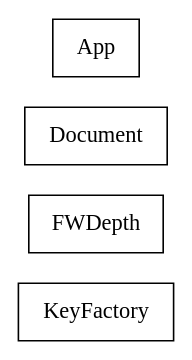
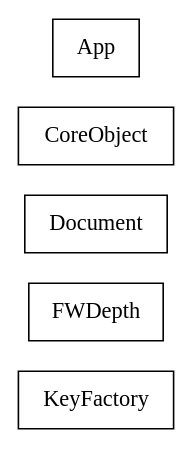
Before and after one commit to sekati/sasapi: the diagram in docs/com/sekati/core/classes.dot, drawn with Graphviz. The commit also changed 95 other files, not shown here.

```diff
--- a/docs/com/sekati/core/classes.dot
+++ b/docs/com/sekati/core/classes.dot
@@ -1,27 +1,33 @@
 strict digraph class_diagram {
   rankdir=LR;
   TypeKeyFactory[
     label="KeyFactory",
     URL="KeyFactory.html",
     tooltip="com.sekati.core.KeyFactory",
     shape="record"
   ];
   TypeFWDepth[
     label="FWDepth",
     URL="FWDepth.html",
     tooltip="com.sekati.core.FWDepth",
     shape="record"
   ];
   TypeDocument[
     label="Document",
     URL="Document.html",
     tooltip="com.sekati.core.Document",
     shape="record"
   ];
+  TypeCoreObject[
+    label="CoreObject",
+    URL="CoreObject.html",
+    tooltip="com.sekati.core.CoreObject",
+    shape="record"
+  ];
   TypeApp[
     label="App",
     URL="App.html",
     tooltip="com.sekati.core.App",
     shape="record"
   ];
 }
```
